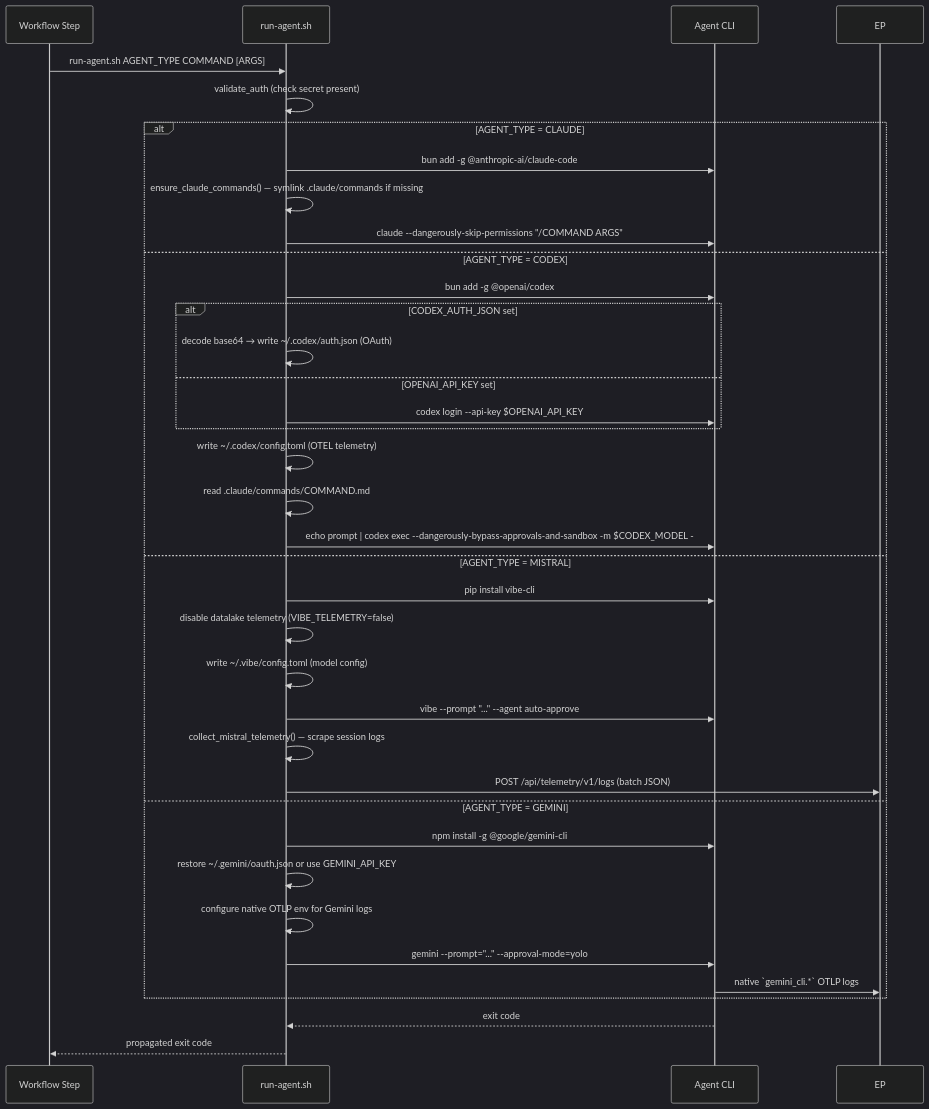
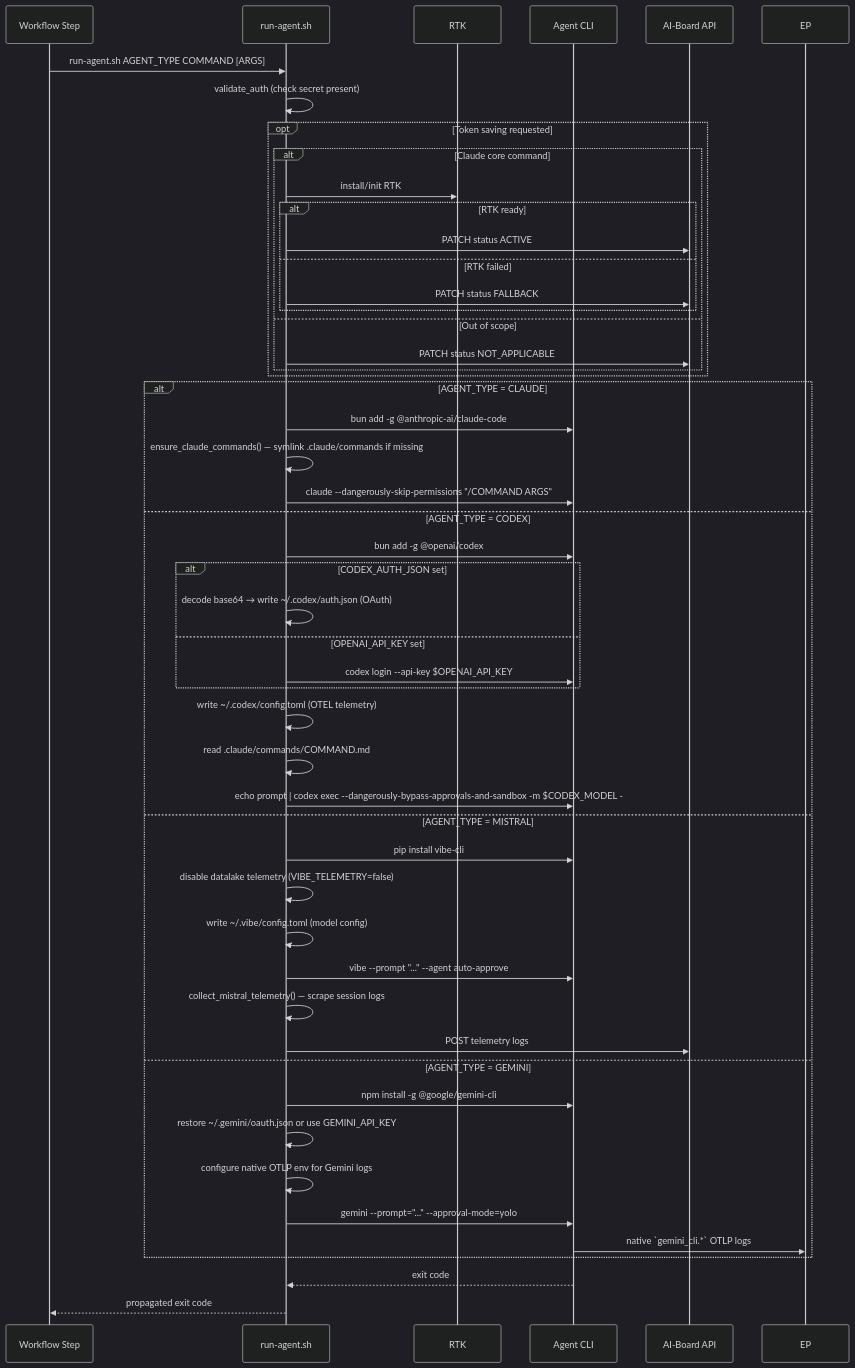
One commit to bfernandez31/ai-board changed the second of 2 diagrams in specs/specifications/technical/implementation/integrations/github.md. Above: the diagram before and after it, drawn with Mermaid (dark theme). The commit also changed other lines of this file and 11 other files, not shown here.

````diff
--- a/specs/specifications/technical/implementation/integrations/github.md
+++ b/specs/specifications/technical/implementation/integrations/github.md
@@ -491,39 +506,53 @@
 ```mermaid
 sequenceDiagram
     participant WF as Workflow Step
     participant RS as run-agent.sh
+    participant RTK as RTK
     participant CLI as Agent CLI
+    participant API as AI-Board API
 
     WF->>RS: run-agent.sh AGENT_TYPE COMMAND [ARGS]
     RS->>RS: validate_auth (check secret present)
+    opt Token saving requested
+        alt Claude core command
+            RS->>RTK: install/init RTK
+            alt RTK ready
+                RS->>API: PATCH status ACTIVE
+            else RTK failed
+                RS->>API: PATCH status FALLBACK
+            end
+        else Out of scope
+            RS->>API: PATCH status NOT_APPLICABLE
+        end
+    end
     alt AGENT_TYPE = CLAUDE
         RS->>CLI: bun add -g @anthropic-ai/claude-code
         RS->>RS: ensure_claude_commands() — symlink .claude/commands if missing
         RS->>CLI: claude --dangerously-skip-permissions "/COMMAND ARGS"
     else AGENT_TYPE = CODEX
         RS->>CLI: bun add -g @openai/codex
         alt CODEX_AUTH_JSON set
             RS->>RS: decode base64 → write ~/.codex/auth.json (OAuth)
         else OPENAI_API_KEY set
             RS->>CLI: codex login --api-key $OPENAI_API_KEY
         end
         RS->>RS: write ~/.codex/config.toml (OTEL telemetry)
         RS->>RS: read .claude/commands/COMMAND.md
         RS->>CLI: echo prompt | codex exec --dangerously-bypass-approvals-and-sandbox -m $CODEX_MODEL -
     else AGENT_TYPE = MISTRAL
         RS->>CLI: pip install vibe-cli
         RS->>RS: disable datalake telemetry (VIBE_TELEMETRY=false)
         RS->>RS: write ~/.vibe/config.toml (model config)
         RS->>CLI: vibe --prompt "..." --agent auto-approve
         RS->>RS: collect_mistral_telemetry() — scrape session logs
-        RS->>EP: POST /api/telemetry/v1/logs (batch JSON)
+        RS->>API: POST telemetry logs
     else AGENT_TYPE = GEMINI
         RS->>CLI: npm install -g @google/gemini-cli
         RS->>RS: restore ~/.gemini/oauth.json or use GEMINI_API_KEY
         RS->>RS: configure native OTLP env for Gemini logs
         RS->>CLI: gemini --prompt="..." --approval-mode=yolo
         CLI->>EP: native `gemini_cli.*` OTLP logs
     end
     CLI-->>RS: exit code
     RS-->>WF: propagated exit code
 ```
````
